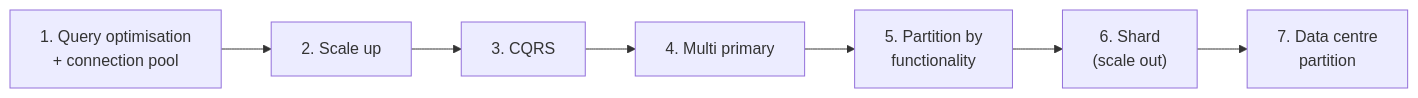
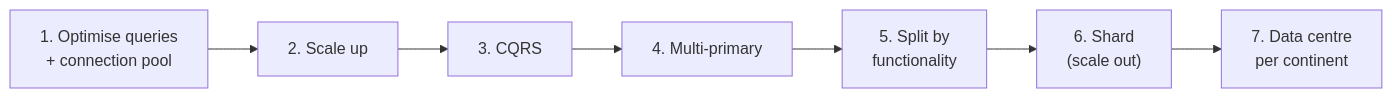
Before and after one commit to aaryan-pradhan/core-cs-fundamentals: the first of 8 diagrams in dbms/19-scaling-patterns.md, drawn with Mermaid. The commit also changed other lines of this file, not shown here.

````diff
--- a/dbms/19-scaling-patterns.md
+++ b/dbms/19-scaling-patterns.md
@@ -15,4 +5,4 @@
 ```mermaid
 flowchart LR
-  P1["1. Query optimisation<br/>+ connection pool"] --> P2["2. Scale up"] --> P3["3. CQRS"] --> P4["4. Multi primary"] --> P5["5. Partition by<br/>functionality"] --> P6["6. Shard<br/>(scale out)"] --> P7["7. Data centre<br/>partition"]
+  P1["1. Optimise queries<br/>+ connection pool"] --> P2["2. Scale up"] --> P3["3. CQRS"] --> P4["4. Multi-primary"] --> P5["5. Split by<br/>functionality"] --> P6["6. Shard<br/>(scale out)"] --> P7["7. Data centre<br/>per continent"]
 ```
````
